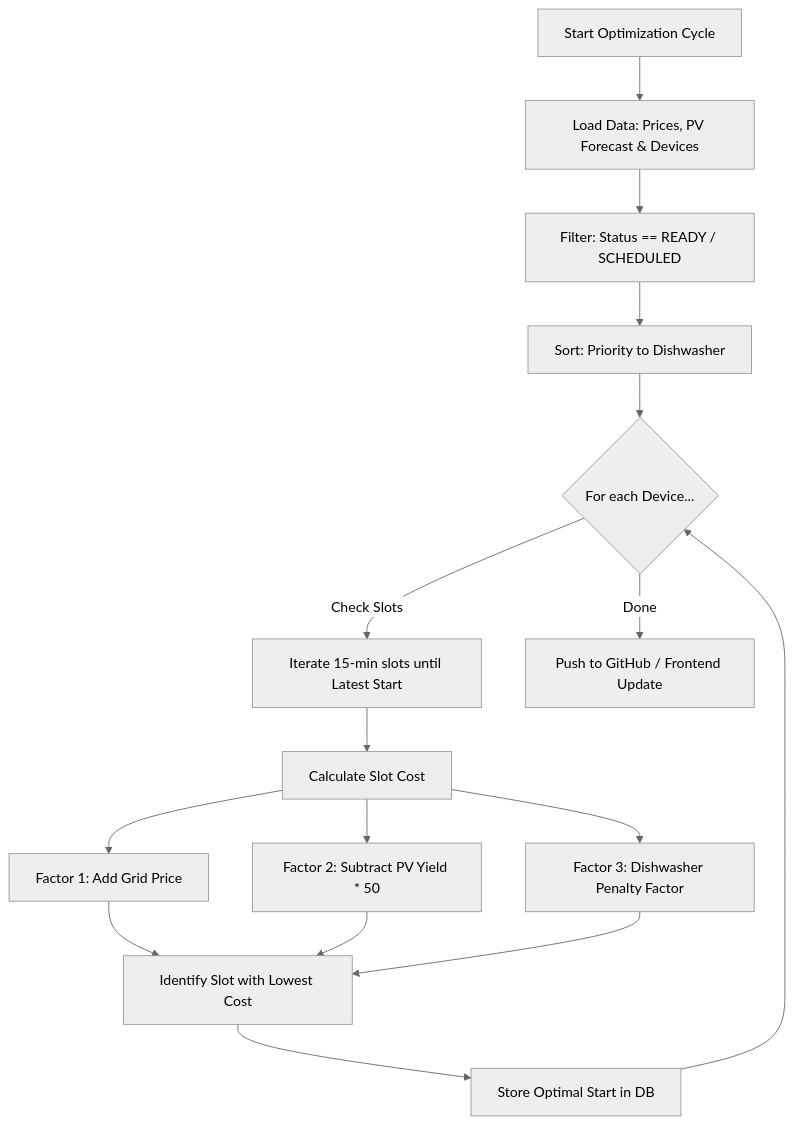
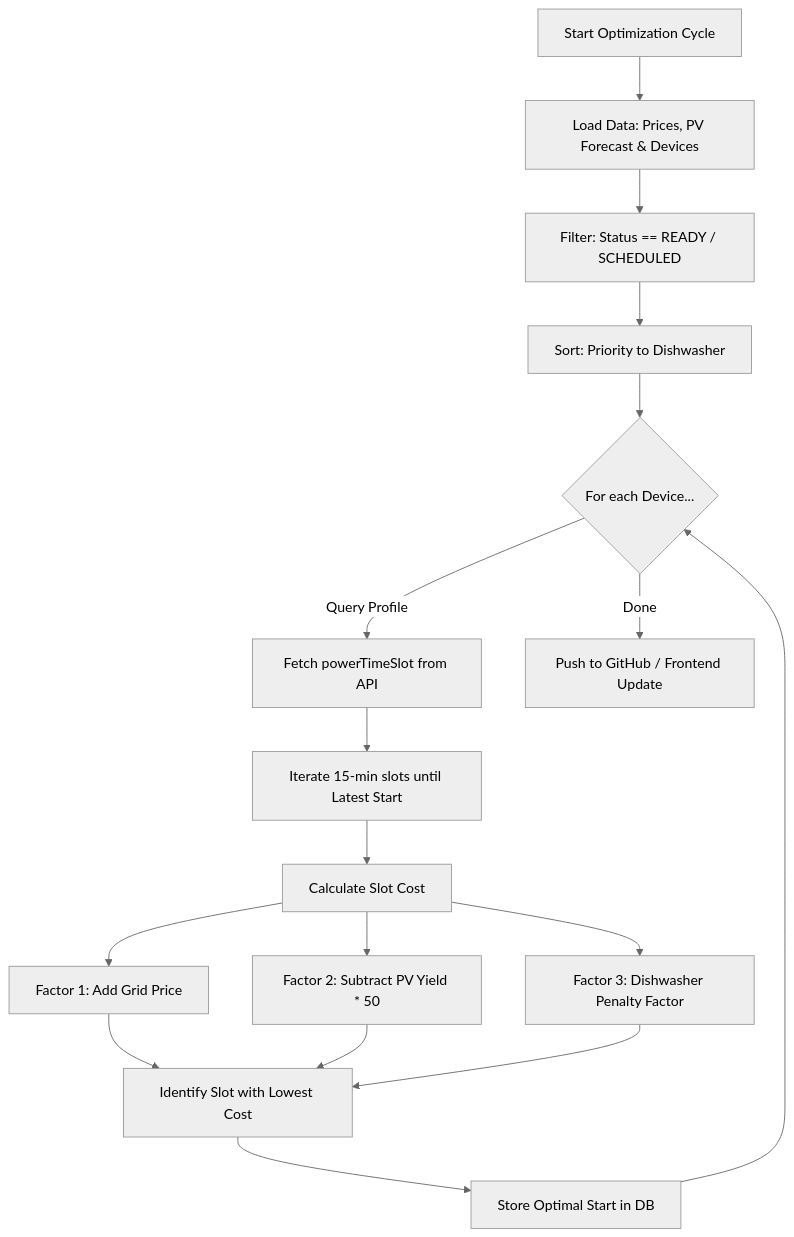
The diagram in docs/EMS_LOGIC_V1.md (BertP/sunShift), drawn with Mermaid (neutral theme) before and after one commit. The commit also changed other lines of this file, not shown here.

Commit message:
POC 0.6: Updated EMS specs to include powerTimeSlot requirements.

````diff
--- a/docs/EMS_LOGIC_V1.md
+++ b/docs/EMS_LOGIC_V1.md
@@ -30,16 +32,18 @@
 ```mermaid
 graph TD
     A[Start Optimization Cycle] --> B[Load Data: Prices, PV Forecast & Devices]
     B --> C[Filter: Status == READY / SCHEDULED]
     C --> D[Sort: Priority to Dishwasher]
     D --> E{For each Device...}
-    E -->|Check Slots| F[Iterate 15-min slots until Latest Start]
+    E -->|Query Profile| Z[Fetch powerTimeSlot from API]
+    Z --> F[Iterate 15-min slots until Latest Start]
     F --> G[Calculate Slot Cost]
     G --> H[Factor 1: Add Grid Price]
     G --> I[Factor 2: Subtract PV Yield * 50]
     G --> J[Factor 3: Dishwasher Penalty Factor]
     H & I & J --> K[Identify Slot with Lowest Cost]
     K --> L[Store Optimal Start in DB]
     L --> E
     E -->|Done| M[Push to GitHub / Frontend Update]
+
 ```
````
